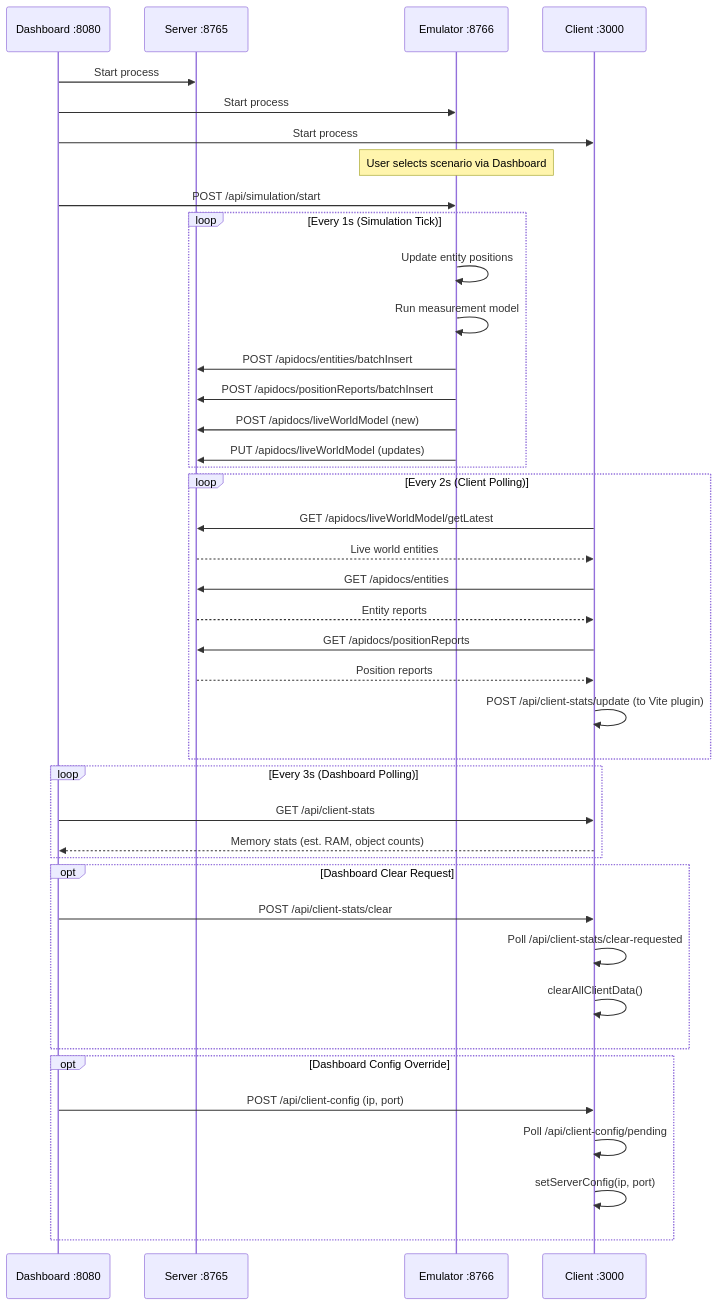
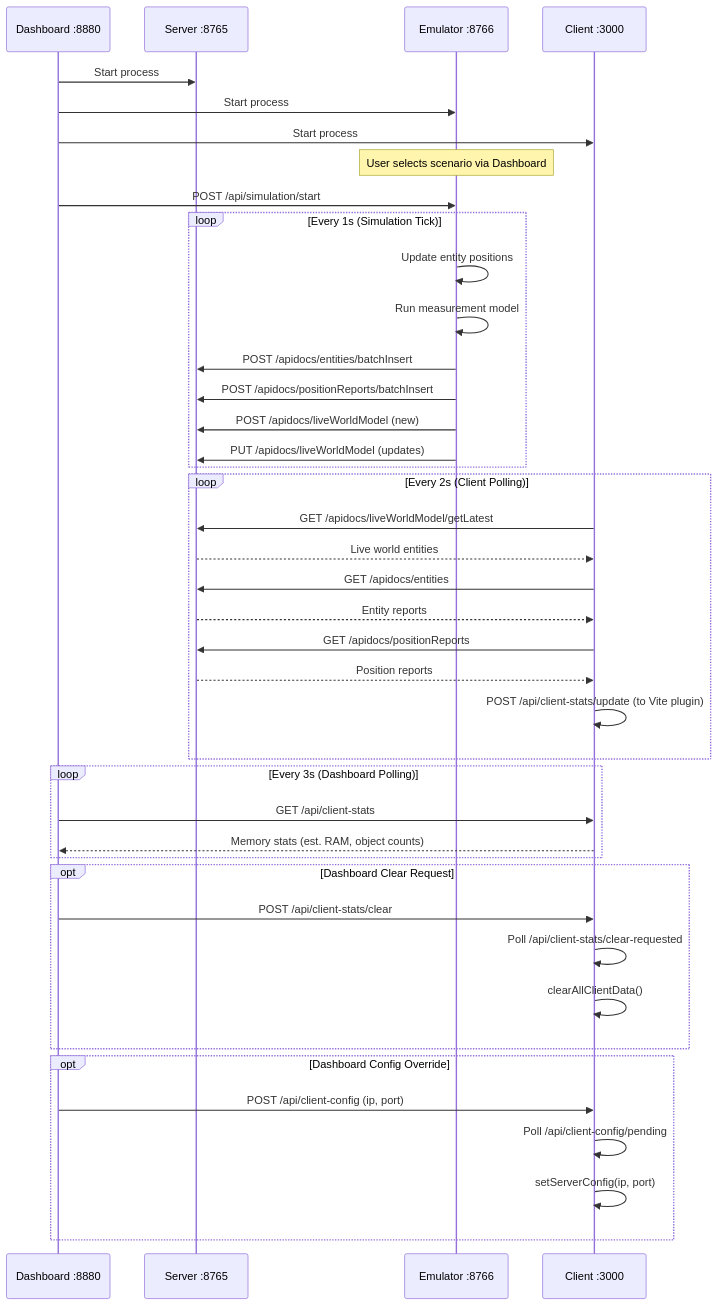
One commit to ericpauls/disco_workspace changed the second of 2 diagrams in docs/system-architecture-diagram.md. Above: the diagram before and after it, drawn with Mermaid. The commit also changed other lines of this file and 7 other files, not shown here.

````diff
--- a/docs/system-architecture-diagram.md
+++ b/docs/system-architecture-diagram.md
@@ -82,51 +82,51 @@
 ```mermaid
 sequenceDiagram
-    participant D as Dashboard :8080
+    participant D as Dashboard :8880
     participant S as Server :8765
     participant E as Emulator :8766
     participant C as Client :3000
 
     D->>S: Start process
     D->>E: Start process
     D->>C: Start process
 
     Note over E: User selects scenario via Dashboard
     D->>E: POST /api/simulation/start
 
     loop Every 1s (Simulation Tick)
         E->>E: Update entity positions
         E->>E: Run measurement model
 
         E->>S: POST /apidocs/entities/batchInsert
         E->>S: POST /apidocs/positionReports/batchInsert
         E->>S: POST /apidocs/liveWorldModel (new)
         E->>S: PUT /apidocs/liveWorldModel (updates)
     end
 
     loop Every 2s (Client Polling)
         C->>S: GET /apidocs/liveWorldModel/getLatest
         S-->>C: Live world entities
         C->>S: GET /apidocs/entities
         S-->>C: Entity reports
         C->>S: GET /apidocs/positionReports
         S-->>C: Position reports
         C->>C: POST /api/client-stats/update (to Vite plugin)
     end
 
     loop Every 3s (Dashboard Polling)
         D->>C: GET /api/client-stats
         C-->>D: Memory stats (est. RAM, object counts)
     end
 
     opt Dashboard Clear Request
         D->>C: POST /api/client-stats/clear
         C->>C: Poll /api/client-stats/clear-requested
         C->>C: clearAllClientData()
     end
 
     opt Dashboard Config Override
         D->>C: POST /api/client-config (ip, port)
         C->>C: Poll /api/client-config/pending
         C->>C: setServerConfig(ip, port)
     end
 ```
````
